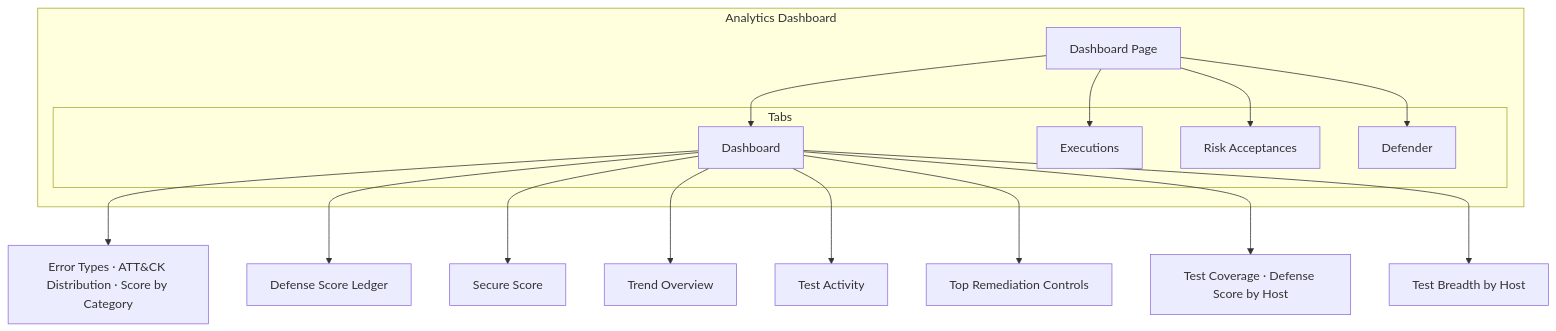
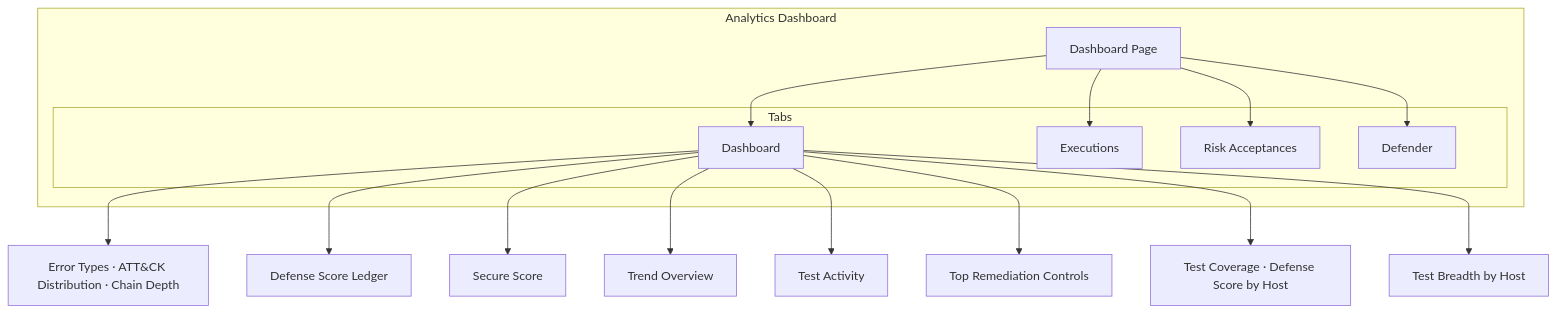
Before and after one commit to basiliktrace/ProjectAchilles: the diagram in wiki/docs/user-guide/analytics/defense-score.md, drawn with Mermaid. The commit also changed other lines of this file and 5 other files, not shown here.

Commit message:
docs: dashboard cadence, threat actor, ATT&CK and chain depth cards

````diff
--- a/wiki/docs/user-guide/analytics/defense-score.md
+++ b/wiki/docs/user-guide/analytics/defense-score.md
@@ -97,27 +97,27 @@
 ```mermaid
 graph TB
     subgraph "Analytics Dashboard"
         ADP[Dashboard Page]
 
         subgraph "Tabs"
             DT[Dashboard]
             ET[Executions]
             RT[Risk Acceptances]
             DefT[Defender]
         end
     end
 
     ADP --> DT
     ADP --> ET
     ADP --> RT
     ADP --> DefT
 
-    DT --> TRIO[Error Types · ATT&CK Distribution · Score by Category]
+    DT --> TRIO[Error Types · ATT&CK Distribution · Chain Depth]
     DT --> LED[Defense Score Ledger]
     DT --> SEC[Secure Score]
     DT --> TREND[Trend Overview]
     DT --> ACT[Test Activity]
     DT --> TOP[Top Remediation Controls]
     DT --> COV[Test Coverage · Defense Score by Host]
     DT --> TREE[Test Breadth by Host]
 ```
````
